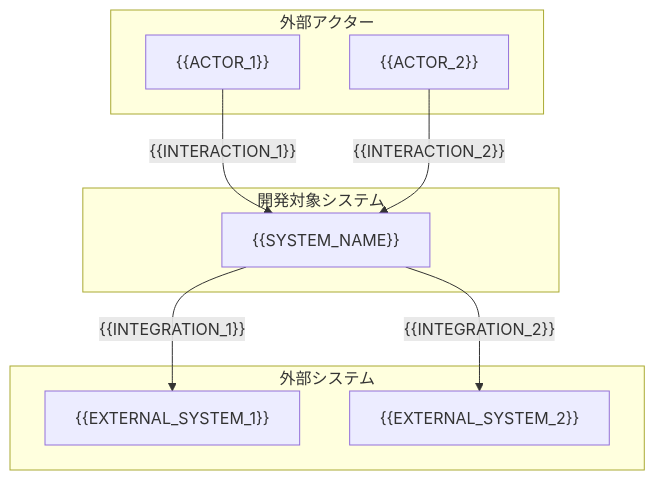
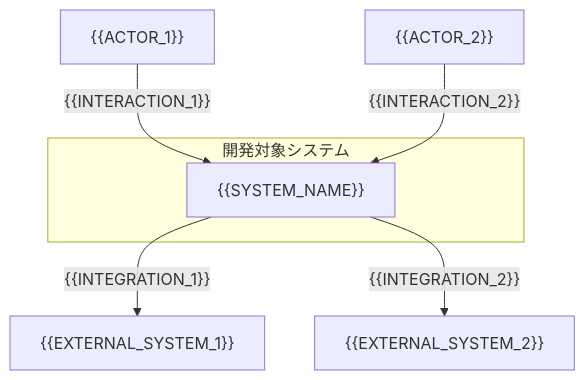
The diagram in docs/settings/templates/specs/supplements/context-diagram.md (paterapatera/sdd-orc), drawn with Mermaid before and after one commit. The commit also changed 1 other file, not shown here.

Commit message:
fix: document format

````diff
--- a/docs/settings/templates/specs/supplements/context-diagram.md
+++ b/docs/settings/templates/specs/supplements/context-diagram.md
@@ -18,21 +18,17 @@
 ```mermaid
 flowchart TB
-    subgraph ExternalActors["外部アクター"]
-        User["{{ACTOR_1}}"]
-        Admin["{{ACTOR_2}}"]
-    end
+    User["{{ACTOR_1}}"]
+    Admin["{{ACTOR_2}}"]
 
     subgraph SystemBoundary["開発対象システム"]
         Core["{{SYSTEM_NAME}}"]
     end
 
-    subgraph ExternalSystems["外部システム"]
-        ExtA["{{EXTERNAL_SYSTEM_1}}"]
-        ExtB["{{EXTERNAL_SYSTEM_2}}"]
-    end
+    ExtA["{{EXTERNAL_SYSTEM_1}}"]
+    ExtB["{{EXTERNAL_SYSTEM_2}}"]
 
     User -->|"{{INTERACTION_1}}"| Core
     Admin -->|"{{INTERACTION_2}}"| Core
     Core -->|"{{INTEGRATION_1}}"| ExtA
     Core -->|"{{INTEGRATION_2}}"| ExtB
 ```
````
